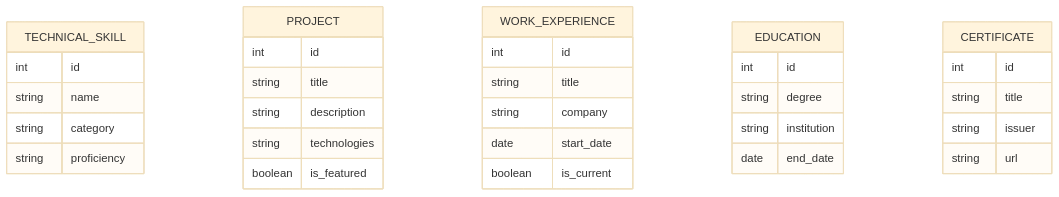
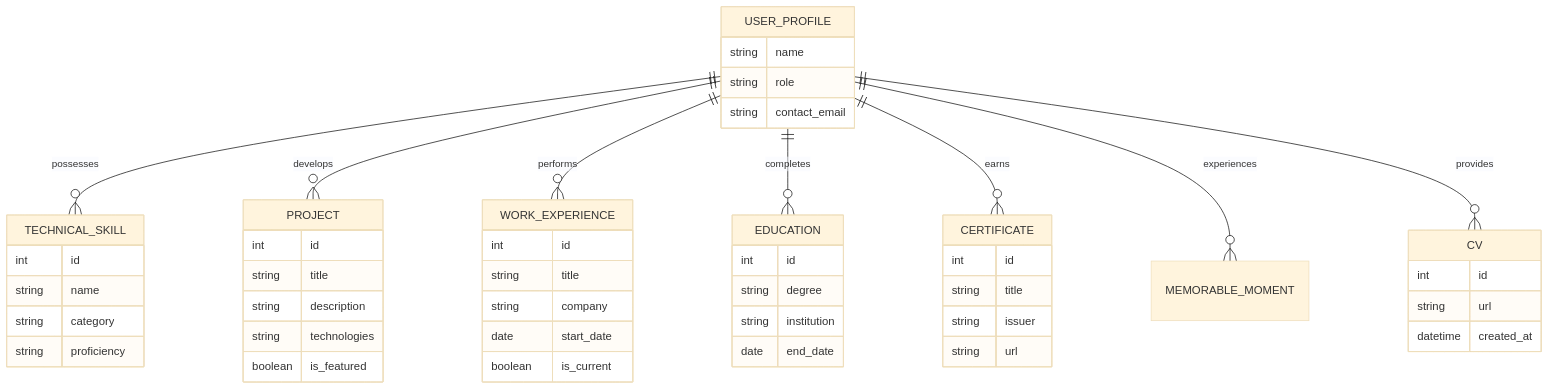
The third of 3 diagrams in README.md (dagiteferi/ai-portfolio-platform), drawn with Mermaid (base theme) before and after one commit. The commit also changed other lines of this file, not shown here.

Commit message:
fix  data base diagram

````diff
--- a/README.md
+++ b/README.md
@@ -100,35 +100,53 @@
 ```mermaid
 erDiagram
+    USER_PROFILE ||--o{ TECHNICAL_SKILL : possesses
+    USER_PROFILE ||--o{ PROJECT : develops
+    USER_PROFILE ||--o{ WORK_EXPERIENCE : performs
+    USER_PROFILE ||--o{ EDUCATION : completes
+    USER_PROFILE ||--o{ CERTIFICATE : earns
+    USER_PROFILE ||--o{ MEMORABLE_MOMENT : experiences
+    USER_PROFILE ||--o{ CV : provides
+
+    USER_PROFILE {
+        string name
+        string role
+        string contact_email
+    }
     TECHNICAL_SKILL {
         int id
         string name
         string category
         string proficiency
     }
     PROJECT {
         int id
         string title
         string description
         string technologies
         boolean is_featured
     }
     WORK_EXPERIENCE {
         int id
         string title
         string company
         date start_date
         boolean is_current
     }
     EDUCATION {
         int id
         string degree
         string institution
         date end_date
     }
     CERTIFICATE {
         int id
         string title
         string issuer
         string url
     }
+    CV {
+        int id
+        string url
+        datetime created_at
+    }
 ```
````
